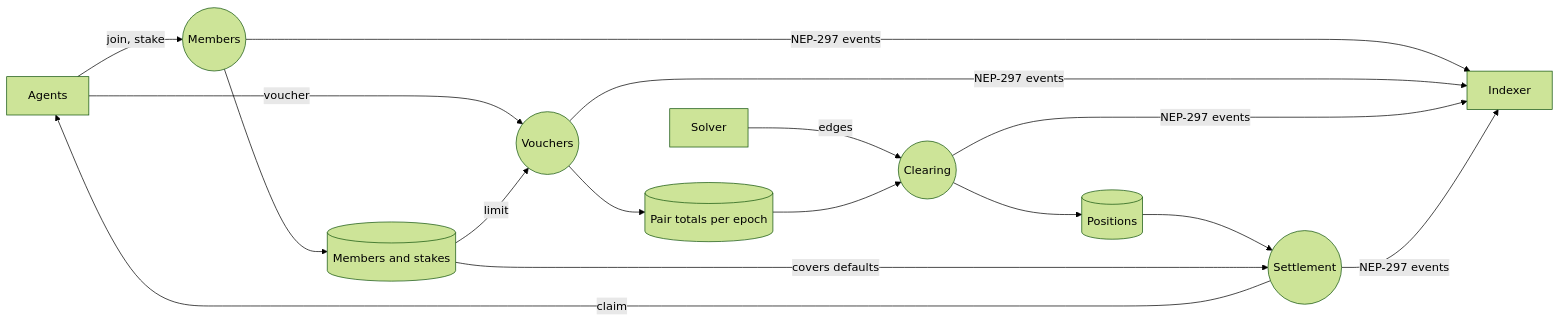
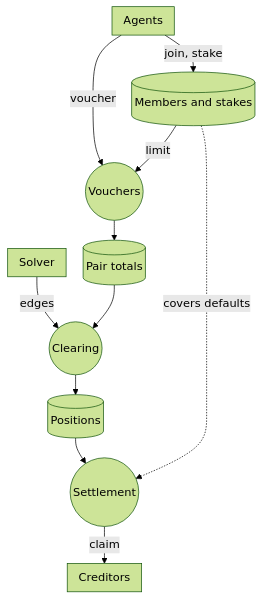
Before and after one commit to x207-labs/contracts: the third of 3 diagrams in README.md, drawn with Mermaid (forest theme).

Commit message:
UM-117: README data-flow diagram top-down, compact, readable on GitHub

````diff
--- a/README.md
+++ b/README.md
@@ -41,15 +41,14 @@
 ```mermaid
-flowchart LR
-  AG[Agents] -- "join, stake" --> P1((Members))
-  AG -- "voucher" --> P2((Vouchers))
-  SO[Solver] -- "edges" --> P3((Clearing))
-  P1 --> D1[(Members and stakes)]
-  P2 --> D2[(Pair totals per epoch)]
-  D1 -- "limit" --> P2
+%%{init: {"flowchart": {"nodeSpacing": 24, "rankSpacing": 28, "padding": 8}}}%%
+flowchart TB
+  AG["Agents"] -->|"join, stake"| D1[("Members and stakes")]
+  AG -->|"voucher"| P2(("Vouchers"))
+  D1 -->|"limit"| P2
+  P2 --> D2[("Pair totals")]
+  SO["Solver"] -->|"edges"| P3(("Clearing"))
   D2 --> P3
-  P3 --> D3[(Positions)]
-  D3 --> P4((Settlement))
-  D1 -- "covers defaults" --> P4
-  P4 -- "claim" --> AG
-  P1 & P2 & P3 & P4 -- "NEP-297 events" --> EV[Indexer]
+  P3 --> D3[("Positions")]
+  D3 --> P4(("Settlement"))
+  D1 -.->|"covers defaults"| P4
+  P4 -->|"claim"| CR["Creditors"]
 ```
````
